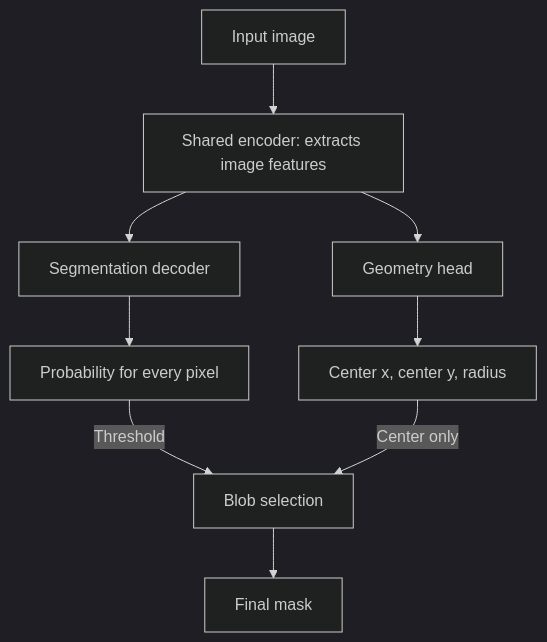
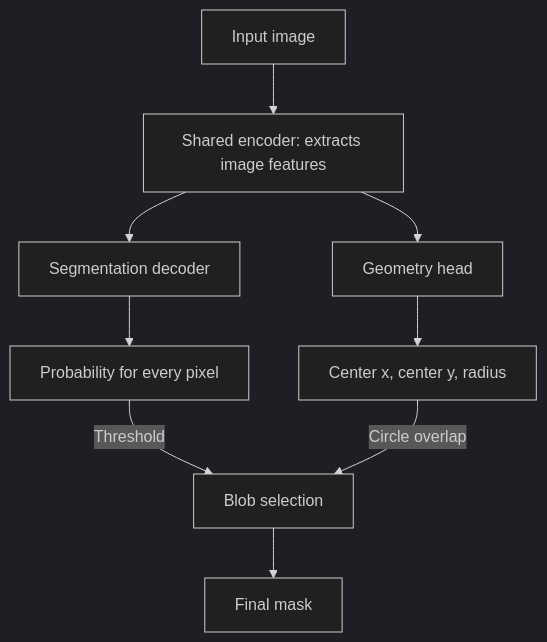
Before and after one commit to yzhaoinuw/mouse-pupil-analysis: the diagram in project_overview.md, drawn with Mermaid (dark theme). The commit also changed other lines of this file and 14 other files, not shown here.

Commit message:
Keep pupil blobs with 20% circle overlap

````diff
--- a/project_overview.md
+++ b/project_overview.md
@@ -131,11 +134,11 @@
 ```mermaid
 flowchart TD
     I[Input image] --> E[Shared encoder: extracts image features]
     E --> S[Segmentation decoder]
     E --> G[Geometry head]
     S --> M[Probability for every pixel]
     G --> C[Center x, center y, radius]
     M -->|Threshold| P[Blob selection]
-    C -->|Center only| P
+    C -->|Circle overlap| P
     P --> F[Final mask]
 ```
````
